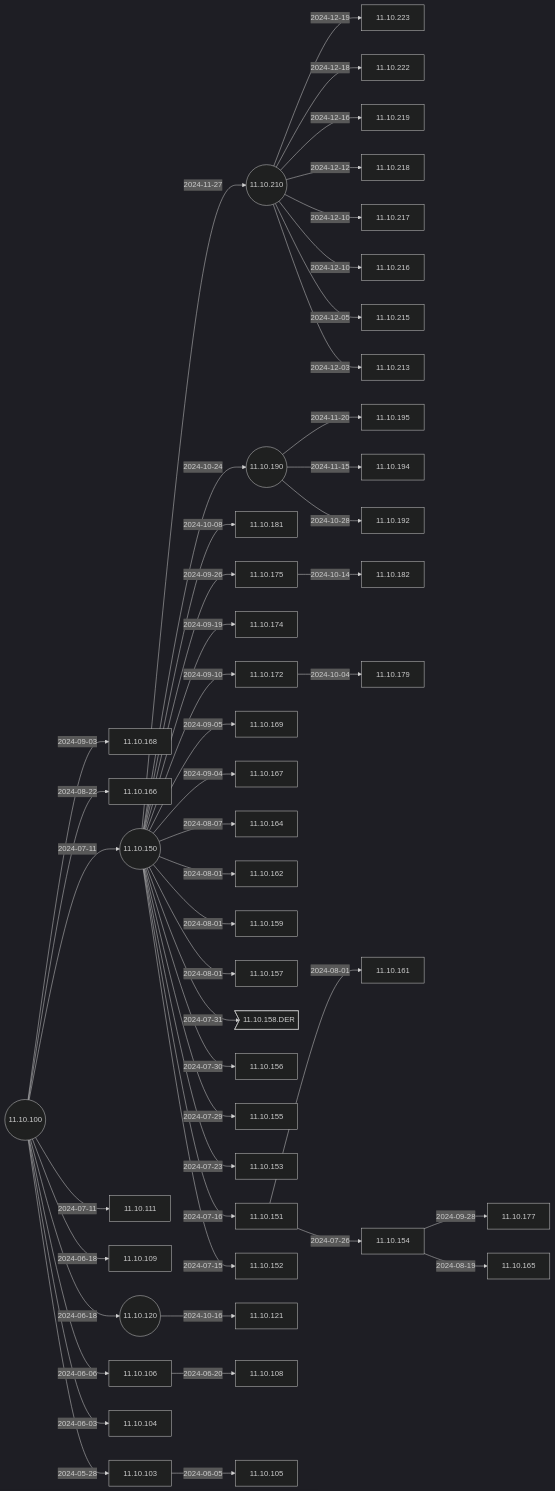
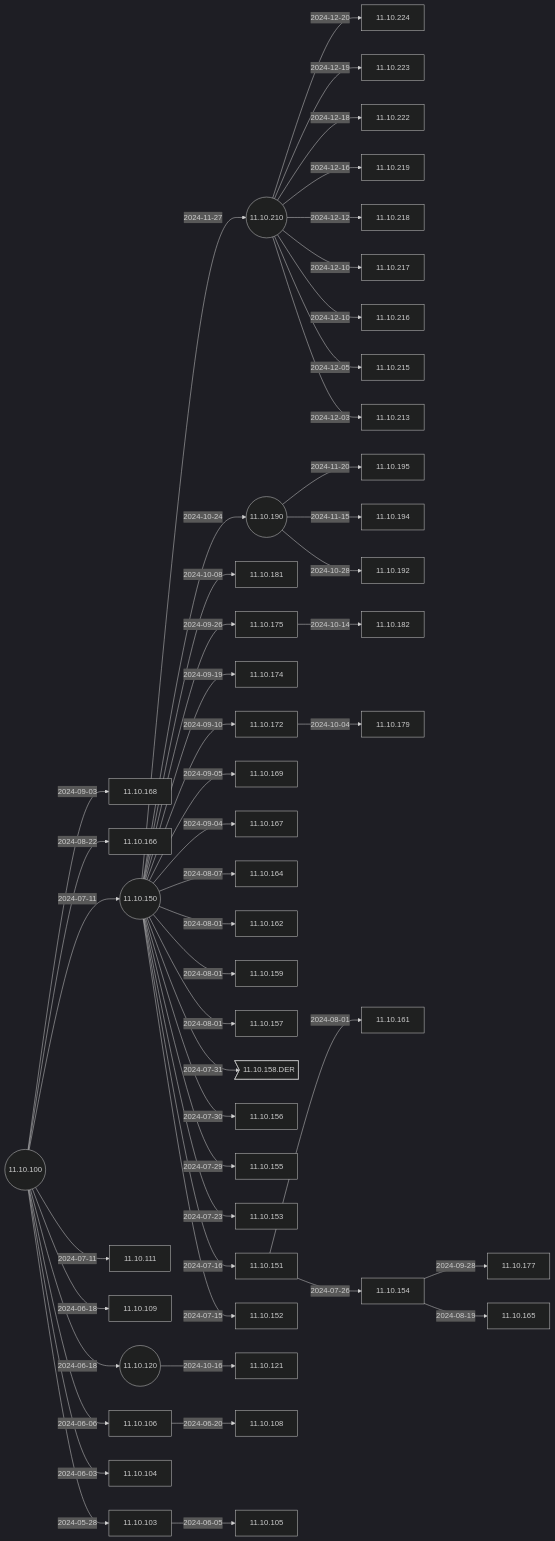
Before and after one commit to IGEL-Community/IGEL-Docs-v02: the second of 6 diagrams in docs/Docs/ReleaseNotes/01-OS11/README.md, drawn with Mermaid (dark theme). The commit also changed 2 other files, not shown here.

Commit message:
11.10.224 < 11.10.210 11.10.224 < 11.10.210

````diff
--- a/docs/Docs/ReleaseNotes/01-OS11/README.md
+++ b/docs/Docs/ReleaseNotes/01-OS11/README.md
@@ -41,5 +41,6 @@
 ```mermaid
 flowchart LR
+    11.10.210-- 2024-12-20 -->11.10.224
     11.10.210-- 2024-12-19 -->11.10.223
     11.10.210-- 2024-12-18 -->11.10.222
     11.10.210-- 2024-12-16 -->11.10.219
@@ -88,6 +89,7 @@
     11.10.100-- 2024-06-03 -->11.10.104
     11.10.100-- 2024-05-28 -->11.10.103
     11.10.100((11.10.100))
+    click 11.10.224 "https://github.com/IGEL-Community/IGEL-Docs-v02/tree/main/docs/Docs/ReleaseNotes/01-OS11/readme11.10.224.txt" _blank
     click 11.10.223 "https://github.com/IGEL-Community/IGEL-Docs-v02/tree/main/docs/Docs/ReleaseNotes/01-OS11/readme11.10.223.txt" _blank
     click 11.10.222 "https://github.com/IGEL-Community/IGEL-Docs-v02/tree/main/docs/Docs/ReleaseNotes/01-OS11/readme11.10.222.txt" _blank
     click 11.10.219 "https://github.com/IGEL-Community/IGEL-Docs-v02/tree/main/docs/Docs/ReleaseNotes/01-OS11/readme11.10.219.txt" _blank
````
